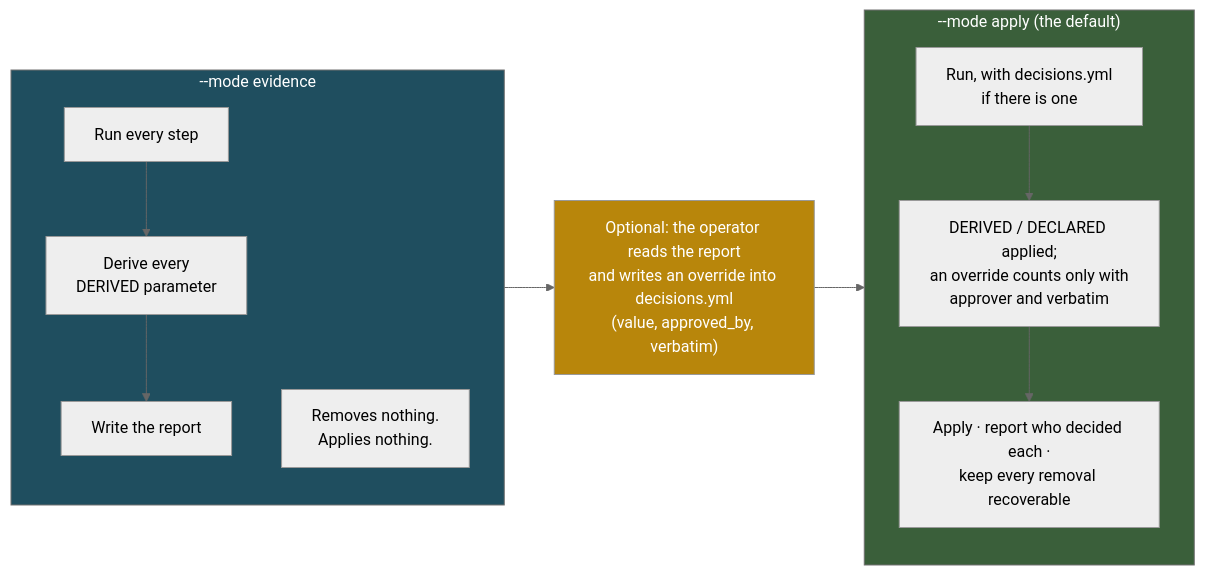
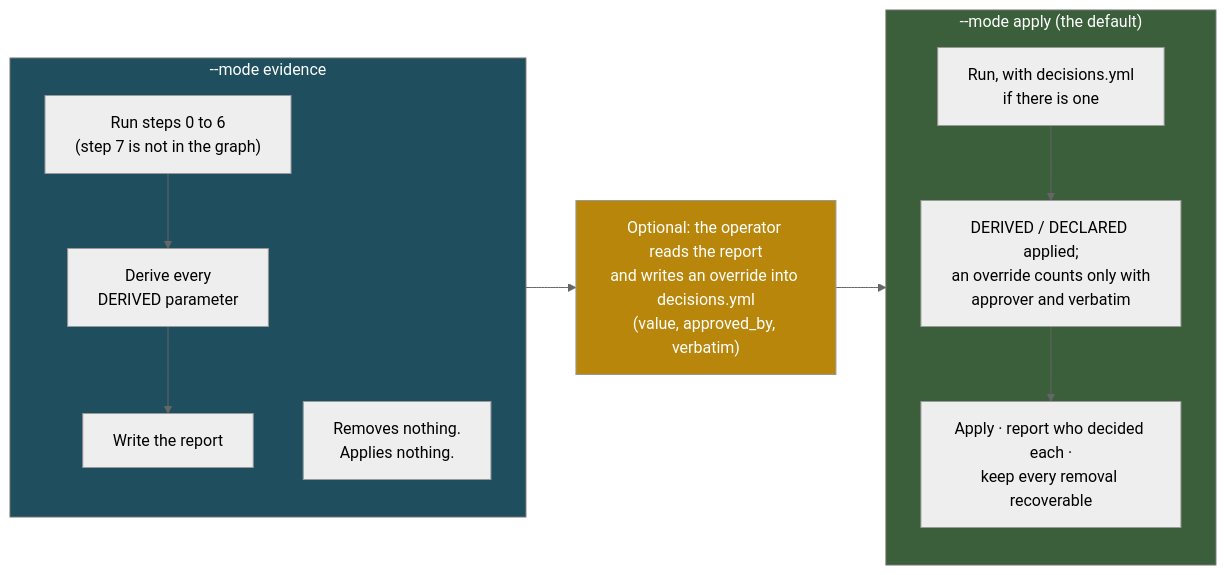
Before and after one commit to JiaenLin/scQC: the second of 3 diagrams in docs/WORKFLOW.md, drawn with Mermaid (neutral theme). The commit also changed other lines of this file and 7 other files, not shown here.

````diff
--- a/docs/WORKFLOW.md
+++ b/docs/WORKFLOW.md
@@ -235,19 +240,19 @@
 ```mermaid
 flowchart LR
     subgraph E["--mode evidence"]
         direction TB
-        E1["Run every step"] --> E2["Derive every<br/>DERIVED parameter"]
+        E1["Run steps 0 to 6<br/>(step 7 is not in the graph)"] --> E2["Derive every<br/>DERIVED parameter"]
         E2 --> E3["Write the report"]
         E4["Removes nothing.<br/>Applies nothing."]
     end
     E3 --> H["Optional: the operator reads the report<br/>and writes an override into decisions.yml<br/>(value, approved_by, verbatim)"]
     H --> A
     subgraph A["--mode apply (the default)"]
         direction TB
         A1["Run, with decisions.yml<br/>if there is one"] --> A2["DERIVED / DECLARED applied;<br/>an override counts only with<br/>approver and verbatim"]
         A2 --> A3["Apply · report who decided each ·<br/>keep every removal recoverable"]
     end
     style E fill:#1F4E5F,color:#fff
     style A fill:#3A5F3A,color:#fff
     style H fill:#B8860B,color:#fff
 ```
````
